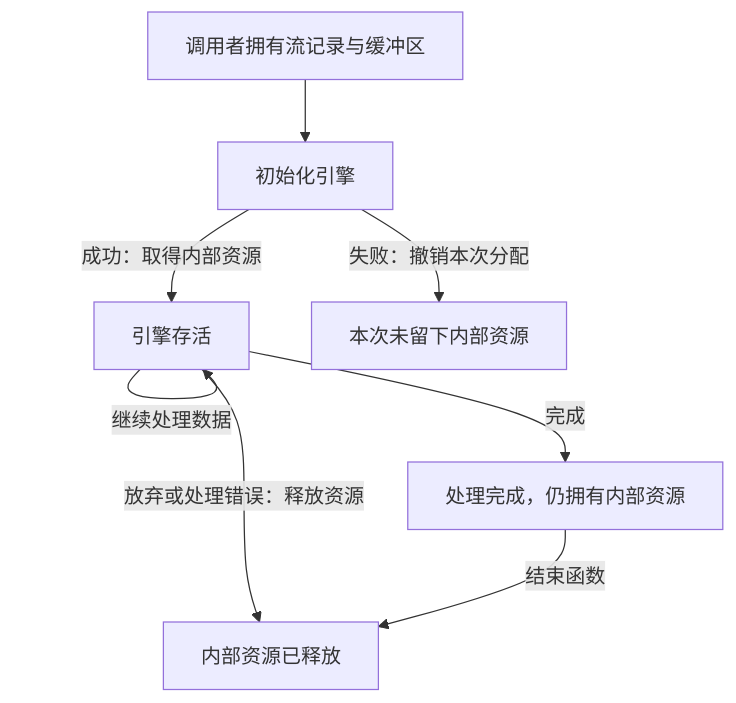
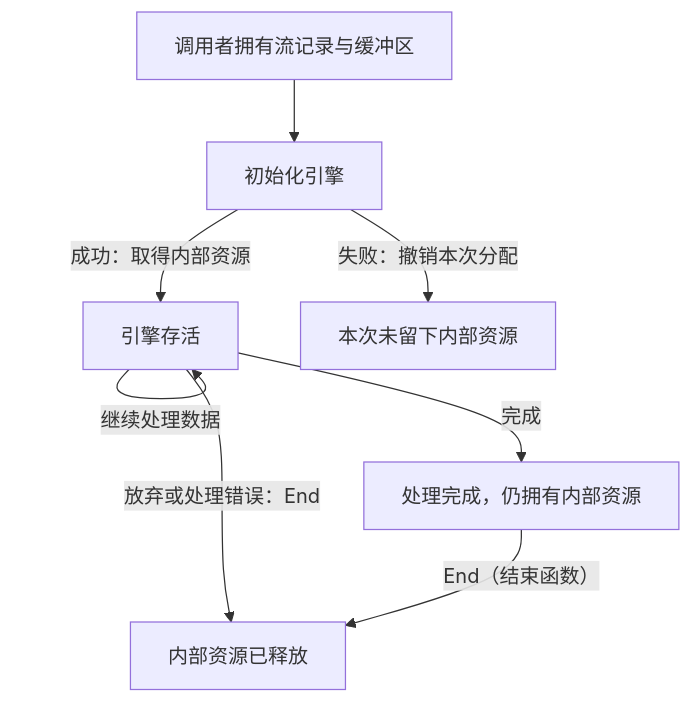
Before and after one commit to cla7aye15I4nd/oss-proof: the first of 2 diagrams in docs/guide/round-trip.zh.md, drawn with Mermaid. The commit also changed other lines of this file and 6 other files, not shown here.

````diff
--- a/docs/guide/round-trip.zh.md
+++ b/docs/guide/round-trip.zh.md
@@ -69,10 +69,10 @@
 ```mermaid
 flowchart TD
     fresh["调用者拥有流记录与缓冲区"] --> init["初始化引擎"]
     init -->|"成功：取得内部资源"| live["引擎存活"]
     init -->|"失败：撤销本次分配"| none["本次未留下内部资源"]
     live -->|"继续处理数据"| live
     live -->|"完成"| complete["处理完成，仍拥有内部资源"]
-    live -->|"放弃或处理错误：释放资源"| released["内部资源已释放"]
-    complete -->|"结束函数"| released
+    live -->|"放弃或处理错误：End"| released["内部资源已释放"]
+    complete -->|"End（结束函数）"| released
 ```
````
